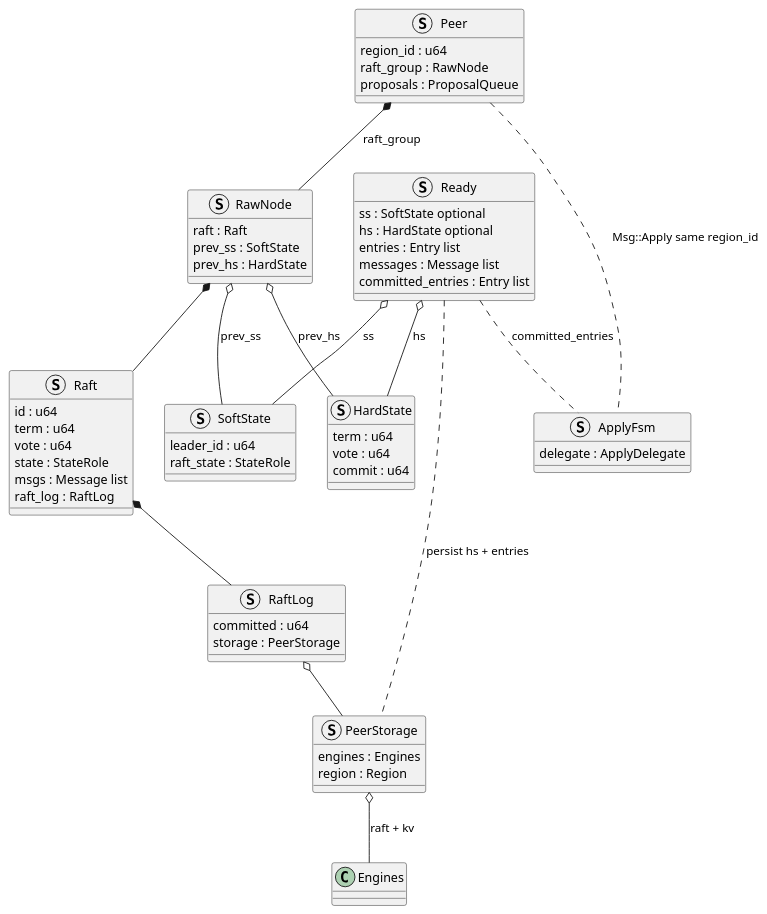
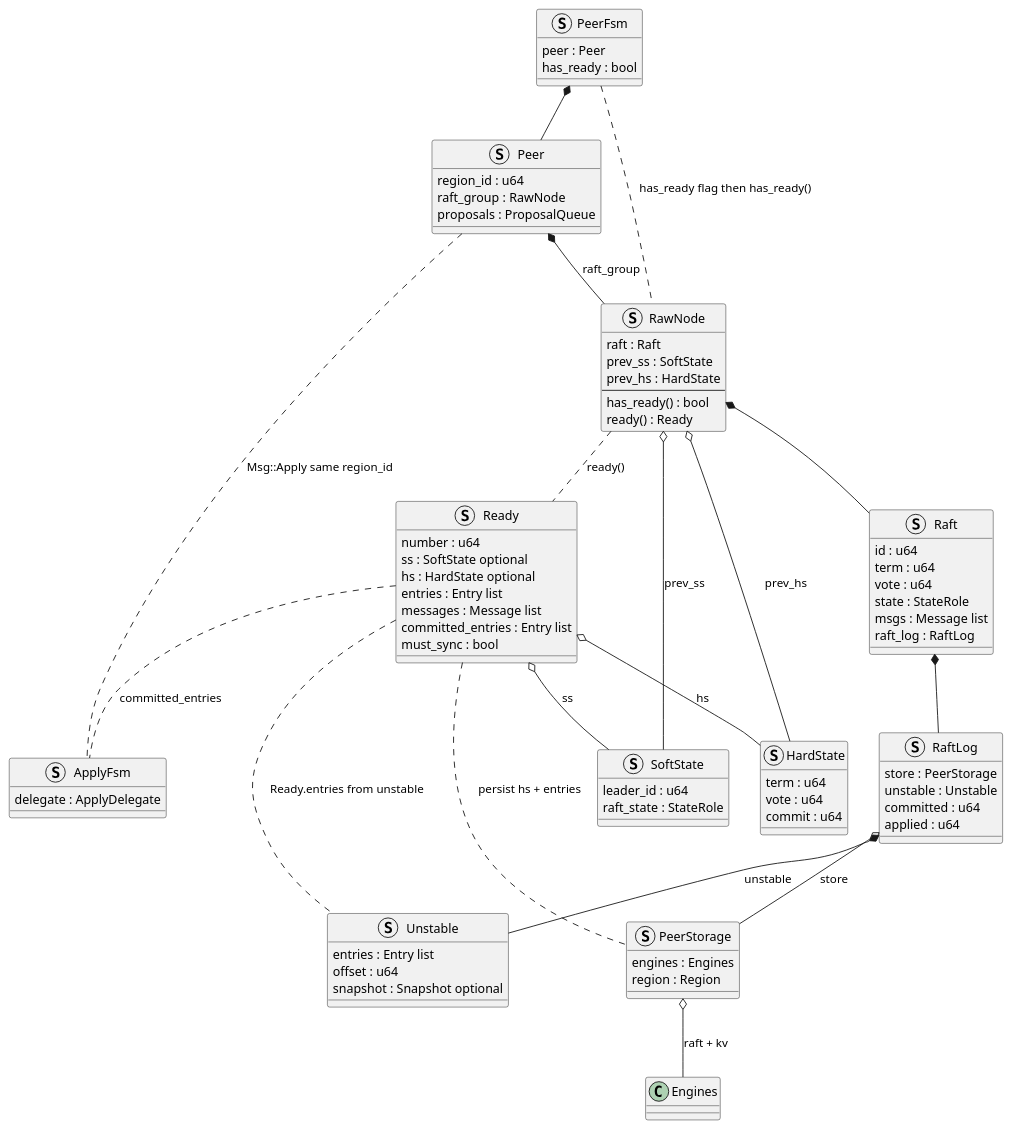
The second of 4 diagrams in content/post/data/db/tidb/tikv/index.md (kevinwang930/kevinwang930.github.io), drawn with PlantUML before and after one commit. The commit also changed other lines of this file, not shown here.

````diff
--- a/content/post/data/db/tidb/tikv/index.md
+++ b/content/post/data/db/tidb/tikv/index.md
@@ -274,6 +274,11 @@
 ```plantuml
 @startuml
 
+
+struct PeerFsm {
+  peer : Peer
+  has_ready : bool
+}
 
 struct Peer {
   region_id : u64
@@ -285,6 +290,9 @@
   raft : Raft
   prev_ss : SoftState
   prev_hs : HardState
+  --
+  has_ready() : bool
+  ready() : Ready
 }
 
 struct Raft {
@@ -308,8 +316,16 @@
 }
 
 struct RaftLog {
+  store : PeerStorage
+  unstable : Unstable
   committed : u64
-  storage : PeerStorage
+  applied : u64
+}
+
+struct Unstable {
+  entries : Entry list
+  offset : u64
+  snapshot : Snapshot optional
 }
 
 struct PeerStorage {
@@ -318,27 +334,34 @@
 }
 
 struct Ready {
+  number : u64
   ss : SoftState optional
   hs : HardState optional
   entries : Entry list
   messages : Message list
   committed_entries : Entry list
+  must_sync : bool
 }
 
 struct ApplyFsm {
   delegate : ApplyDelegate
 }
 
+PeerFsm *-- Peer
 Peer *-- RawNode : raft_group
 RawNode *-- Raft
 RawNode o-- SoftState : prev_ss
 RawNode o-- HardState : prev_hs
+RawNode .. Ready : ready()
+PeerFsm .. RawNode : has_ready flag then has_ready()
 Raft *-- RaftLog
-RaftLog o-- PeerStorage
+RaftLog *-- Unstable : unstable
+RaftLog o-- PeerStorage : store
 PeerStorage o-- Engines : raft + kv
 Peer .. ApplyFsm : Msg::Apply same region_id
 Ready o-- SoftState : ss
 Ready o-- HardState : hs
+Ready .. Unstable : Ready.entries from unstable
 Ready .. PeerStorage : persist hs + entries
 Ready .. ApplyFsm : committed_entries
 
````
